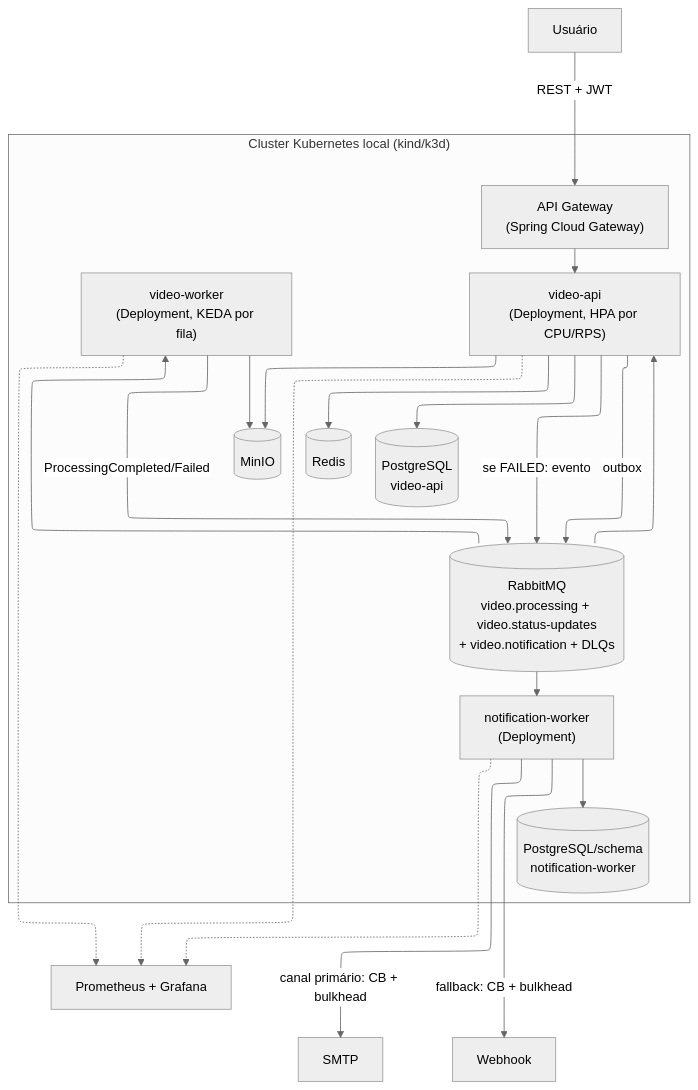
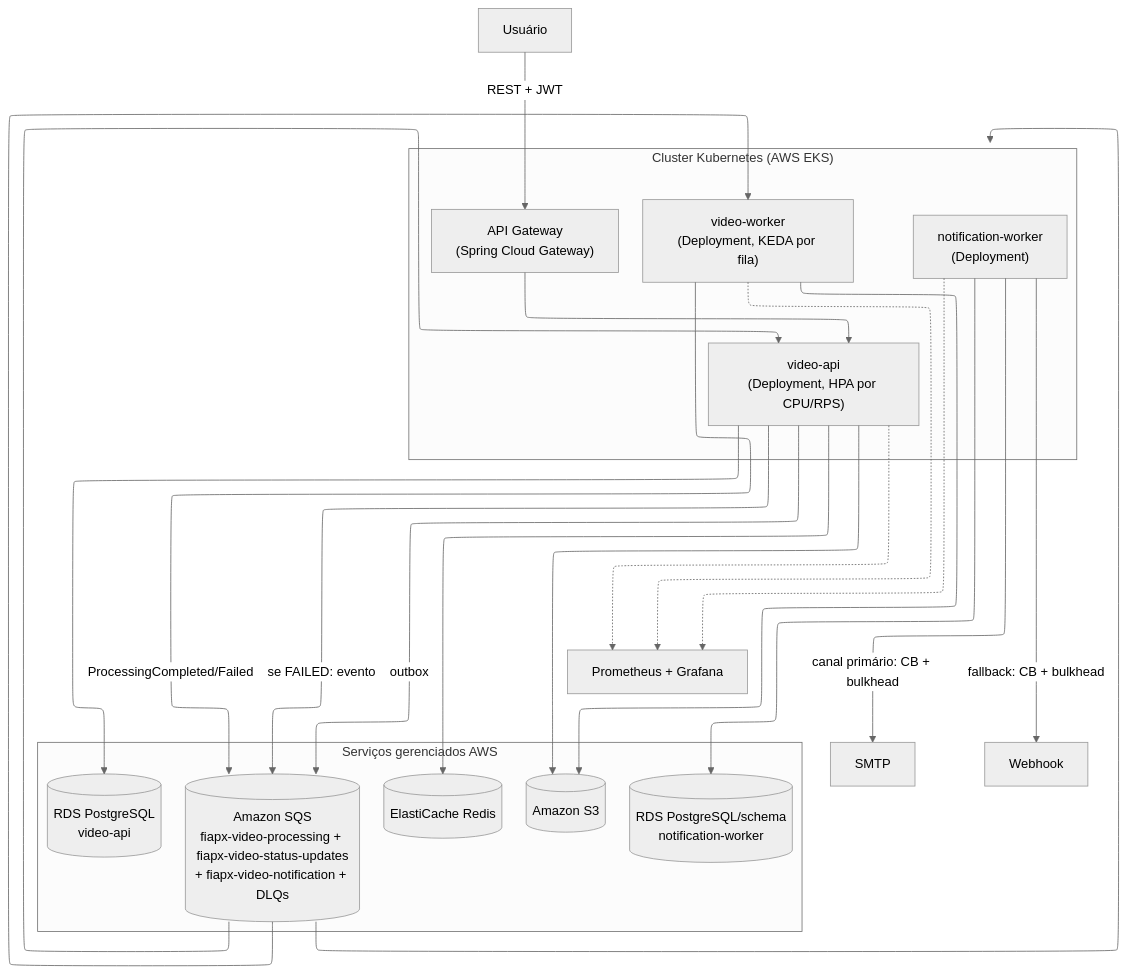
One commit to fredericoffs/fiapx-video-platform changed the second of 5 diagrams in docs/architecture/hld-lld-adr-rfc.md. Above: the diagram before and after it, drawn with Mermaid. The commit also changed other lines of this file and 8 other files, not shown here.

````diff
--- a/docs/architecture/hld-lld-adr-rfc.md
+++ b/docs/architecture/hld-lld-adr-rfc.md
@@ -190,44 +189,47 @@
 ```mermaid
 ---
 config:
   theme: neutral
   layout: elk
   look: classic
   fontFamily: '''Inter Variable'', sans-serif'
 ---
 flowchart TB
     U["Usuário"] -->|REST + JWT| GW["API Gateway\n(Spring Cloud Gateway)"]
     GW --> API["video-api\n(Deployment, HPA por CPU/RPS)"]
 
-    subgraph K8S["Cluster Kubernetes local (kind/k3d)"]
+    subgraph K8S["Cluster Kubernetes (AWS EKS)"]
         GW
         API
         W["video-worker\n(Deployment, KEDA por fila)"]
         N["notification-worker\n(Deployment)"]
-        MQ[("RabbitMQ\nvideo.processing + video.status-updates\n+ video.notification + DLQs")]
-        PG[("PostgreSQL\nvideo-api")]
-        PGN[("PostgreSQL/schema\nnotification-worker")]
-        RD[("Redis")]
-        S3[("MinIO")]
+    end
+
+    subgraph AWS_MANAGED["Serviços gerenciados AWS"]
+        MQ[("Amazon SQS\nfiapx-video-processing + fiapx-video-status-updates\n+ fiapx-video-notification + DLQs")]
+        PG[("RDS PostgreSQL\nvideo-api")]
+        PGN[("RDS PostgreSQL/schema\nnotification-worker")]
+        RD[("ElastiCache Redis")]
+        S3[("Amazon S3")]
     end
 
     API --> PG
     API --> S3
     API --> RD
     API -->|outbox| MQ
     MQ --> W
     W --> S3
     W -->|ProcessingCompleted/Failed| MQ
     MQ --> API
     API -->|se FAILED: evento| MQ
     MQ --> N
     N --> PGN
 
     N -->|canal primário: CB + bulkhead| EMAIL["SMTP"]
     N -->|fallback: CB + bulkhead| HOOK["Webhook"]
 
     OBS["Prometheus + Grafana"]
     API -.-> OBS
     W -.-> OBS
     N -.-> OBS
 ```
````
